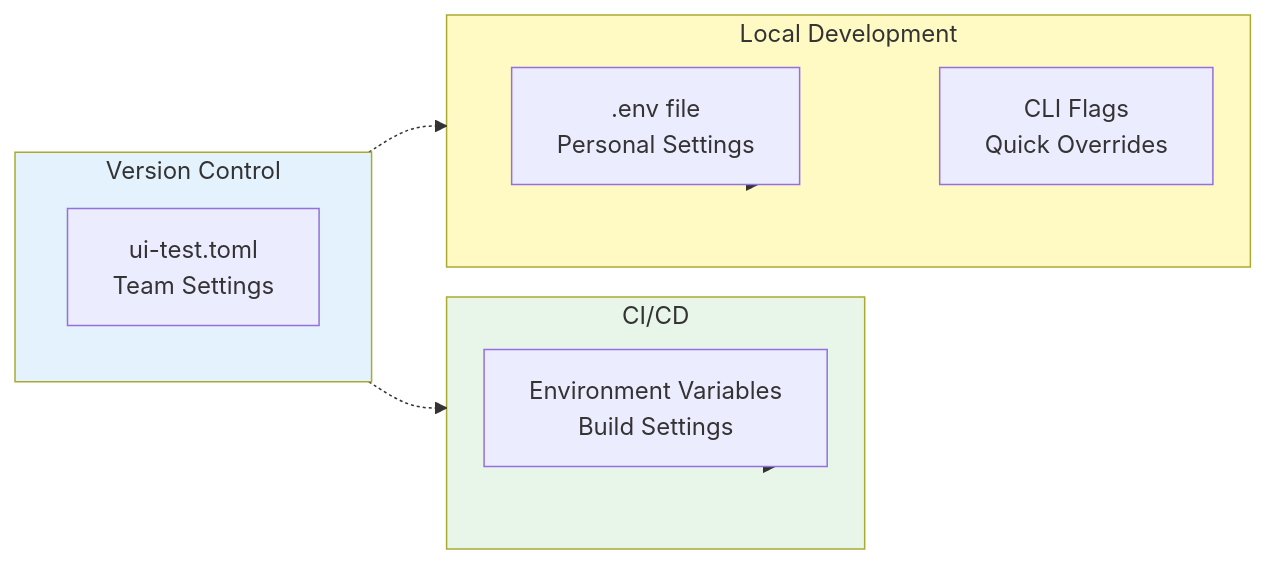
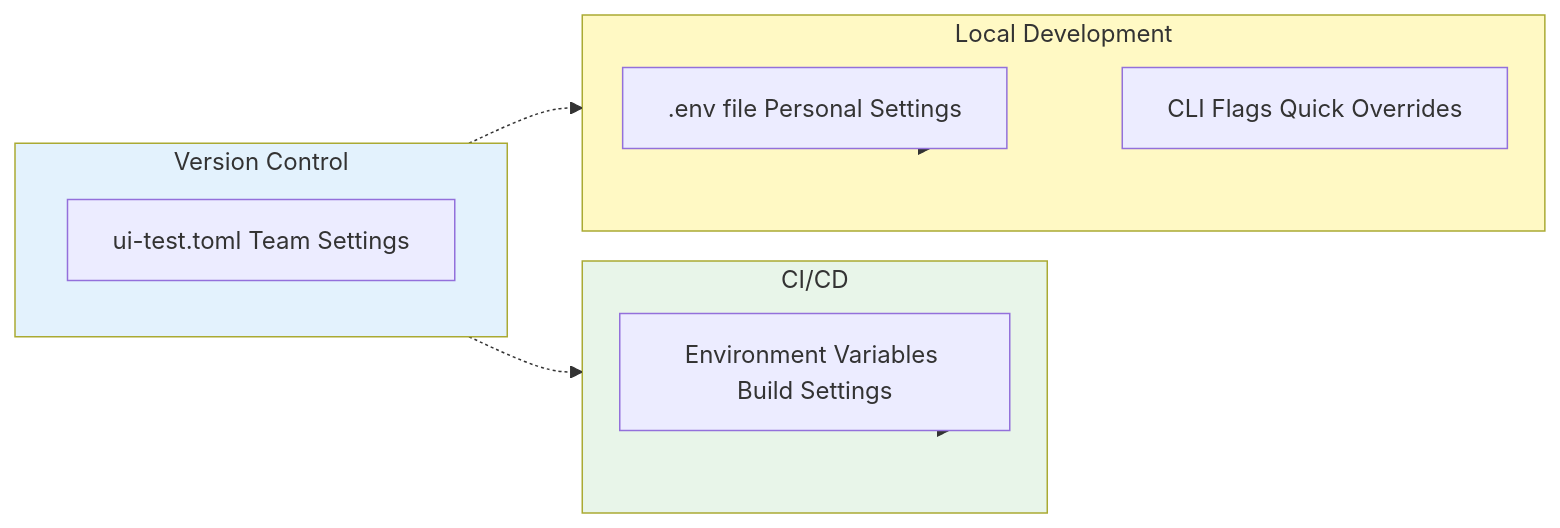
The seventh of 8 diagrams in wiki/Configuration.md (softwarewrighter/ui-test-rs), drawn with Mermaid before and after one commit. The commit also changed other lines of this file and 10 other files, not shown here.

First line of the commit message:
Fix wiki Mermaid diagrams: remove <br/> tags

````diff
--- a/wiki/Configuration.md
+++ b/wiki/Configuration.md
@@ -397,25 +397,25 @@
 ```mermaid
 flowchart LR
     subgraph VCS["Version Control"]
-        ConfigFile[ui-test.toml<br/>Team Settings]
+        ConfigFile[ui-test.toml Team Settings]
     end
 
     subgraph CI["CI/CD"]
-        EnvVars[Environment Variables<br/>Build Settings]
+        EnvVars[Environment Variables Build Settings]
     end
 
     subgraph Local["Local Development"]
-        LocalEnv[.env file<br/>Personal Settings]
-        CLIFlags[CLI Flags<br/>Quick Overrides]
+        LocalEnv[.env file Personal Settings]
+        CLIFlags[CLI Flags Quick Overrides]
     end
 
     VCS -.-> CI
     VCS -.-> Local
     CI -.-> EnvVars
     Local -.-> LocalEnv
     Local -.-> CLIFlags
 
     style VCS fill:#e3f2fd
     style CI fill:#e8f5e9
     style Local fill:#fff9c4
 ```
````
